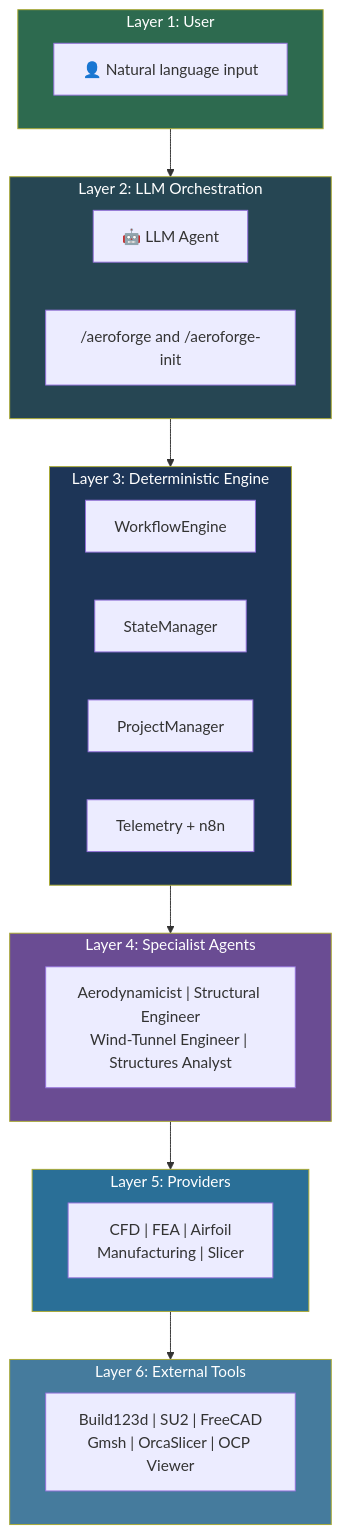
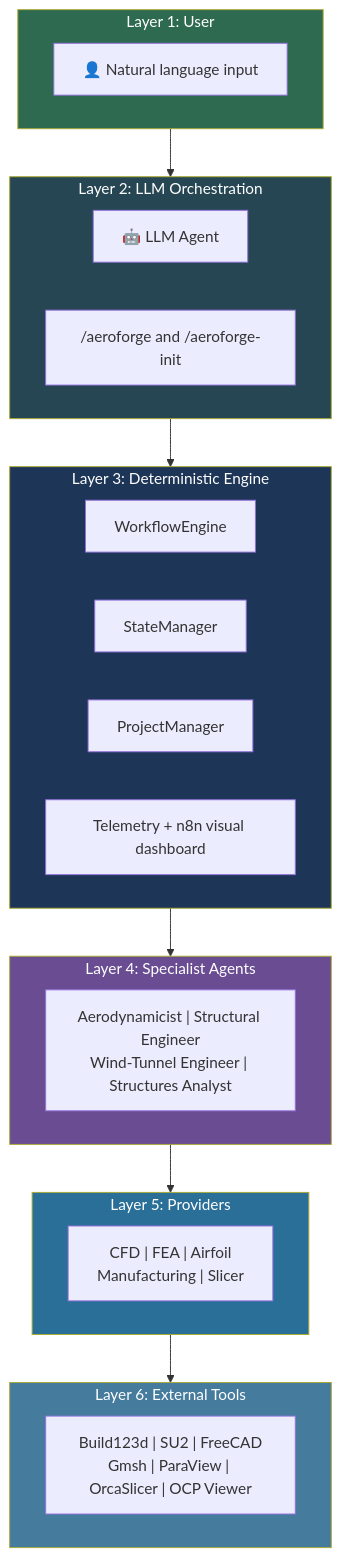
One commit to ipanov/aeroforge changed the second of 2 diagrams in wiki/AeroForge-Overview.md. Above: the diagram before and after it, drawn with Mermaid. The commit also changed other lines of this file and 6 other files, not shown here.

````diff
--- a/wiki/AeroForge-Overview.md
+++ b/wiki/AeroForge-Overview.md
@@ -64,39 +64,39 @@
 ```mermaid
 flowchart TB
     subgraph L1["Layer 1: User"]
         U["👤 Natural language input"]
     end
 
     subgraph L2["Layer 2: LLM Orchestration"]
         LLM["🤖 LLM Agent"]
         SKILLS["/aeroforge and /aeroforge-init"]
     end
 
     subgraph L3["Layer 3: Deterministic Engine"]
         WE["WorkflowEngine"]
         SM["StateManager"]
         PM["ProjectManager"]
-        TP["Telemetry + n8n"]
+        TP["Telemetry + n8n visual dashboard"]
     end
 
     subgraph L4["Layer 4: Specialist Agents"]
         AG["Aerodynamicist | Structural Engineer\nWind-Tunnel Engineer | Structures Analyst"]
     end
 
     subgraph L5["Layer 5: Providers"]
         PR["CFD | FEA | Airfoil\nManufacturing | Slicer"]
     end
 
     subgraph L6["Layer 6: External Tools"]
-        EX["Build123d | SU2 | FreeCAD\nGmsh | OrcaSlicer | OCP Viewer"]
+        EX["Build123d | SU2 | FreeCAD\nGmsh | ParaView | OrcaSlicer | OCP Viewer"]
     end
 
     L1 --> L2 --> L3 --> L4 --> L5 --> L6
 
     style L1 fill:#2d6a4f,color:#fff
     style L2 fill:#264653,color:#fff
     style L3 fill:#1d3557,color:#fff
     style L4 fill:#6a4c93,color:#fff
     style L5 fill:#2a6f97,color:#fff
     style L6 fill:#457b9d,color:#fff
 ```
````
